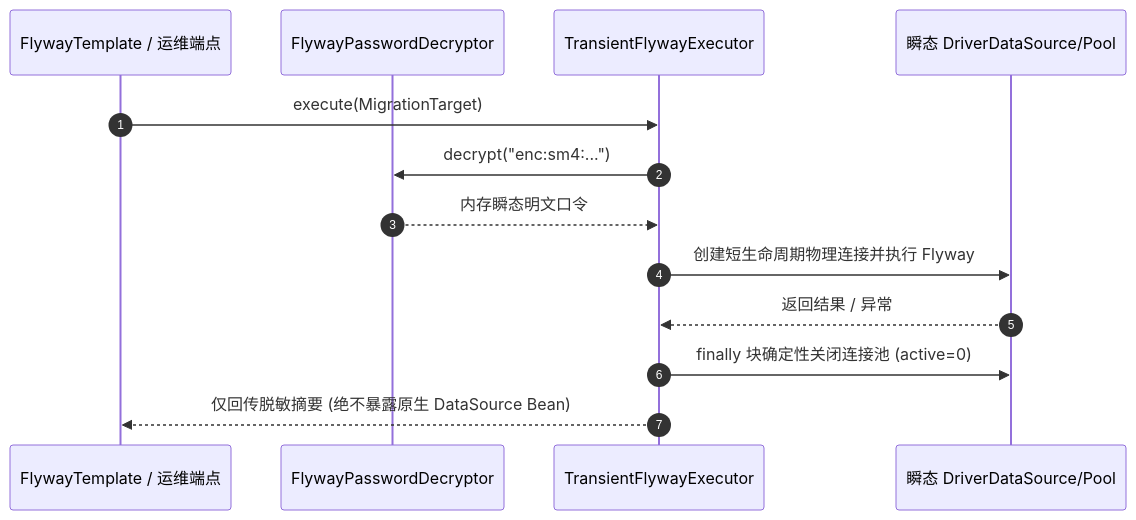
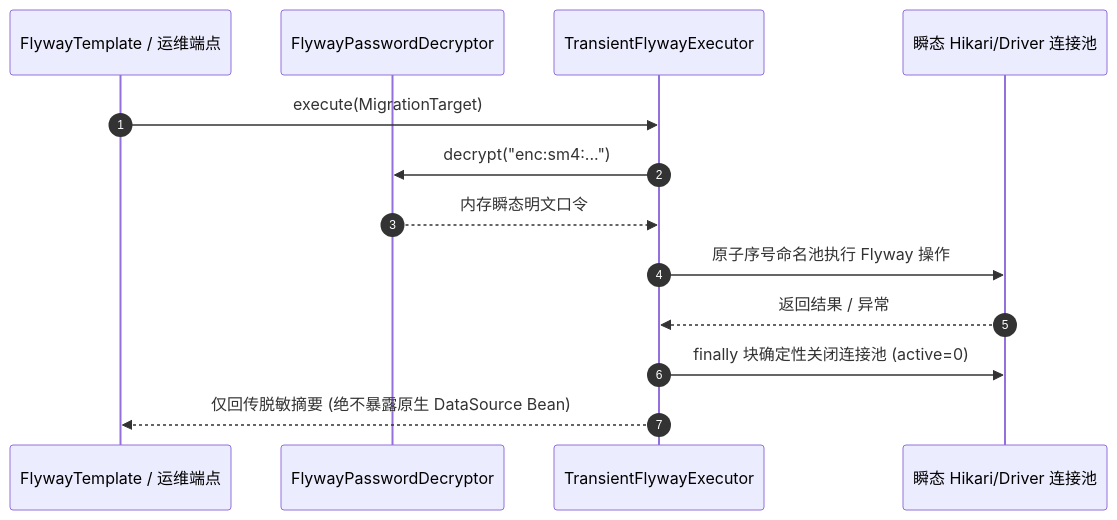
One commit to atengk/ateng-boot changed the second of 3 diagrams in ateng-boot-flyway/README.md. Above: the diagram before and after it, drawn with Mermaid. The commit also changed other lines of this file and 13 other files, not shown here.

````diff
--- a/ateng-boot-flyway/README.md
+++ b/ateng-boot-flyway/README.md
@@ -311,15 +367,15 @@
 ```mermaid
 sequenceDiagram
     autonumber
     participant Caller as FlywayTemplate / 运维端点
     participant Decryptor as FlywayPasswordDecryptor
     participant Exec as TransientFlywayExecutor
-    participant Pool as 瞬态 DriverDataSource/Pool
+    participant Pool as 瞬态 Hikari/Driver 连接池
     Caller->>Exec: execute(MigrationTarget)
     Exec->>Decryptor: decrypt("enc:sm4:...")
     Decryptor-->>Exec: 内存瞬态明文口令
-    Exec->>Pool: 创建短生命周期物理连接并执行 Flyway
+    Exec->>Pool: 原子序号命名池执行 Flyway 操作
     Pool-->>Exec: 返回结果 / 异常
     Exec->>Pool: finally 块确定性关闭连接池 (active=0)
     Exec-->>Caller: 仅回传脱敏摘要 (绝不暴露原生 DataSource Bean)
 ```
````
